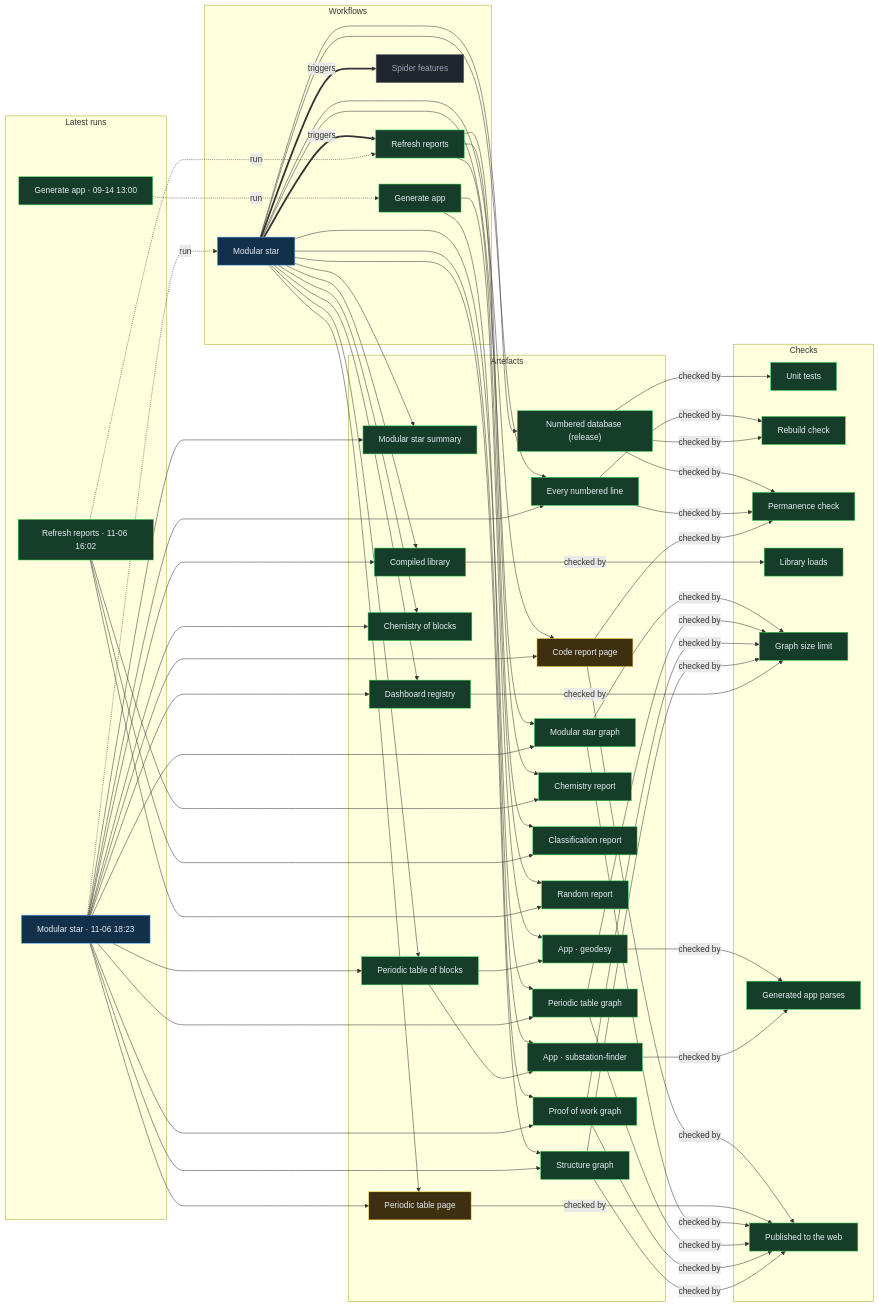
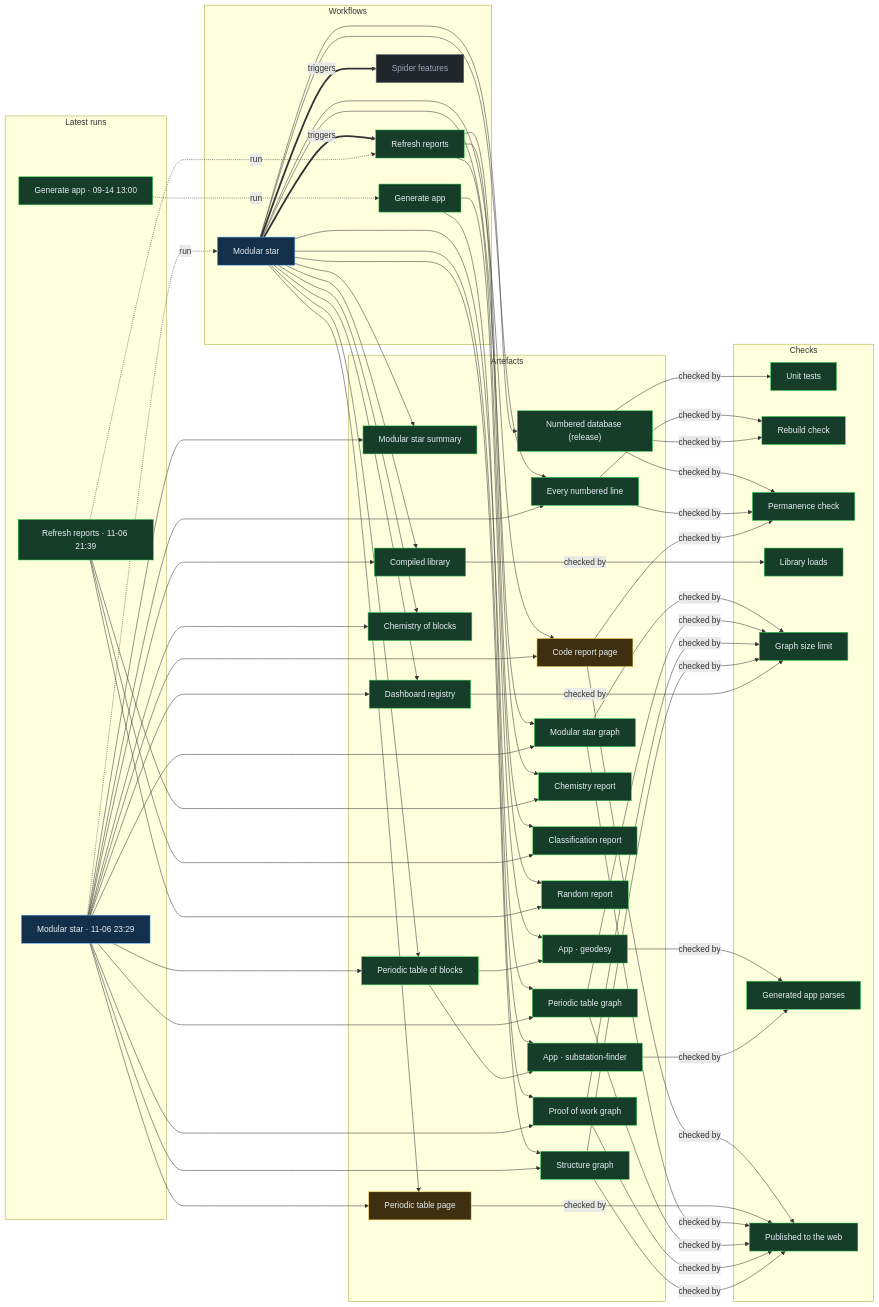
One commit to Ventusltd/stars changed the diagram in proof/PROOF.md. Above: the diagram before and after it, drawn with Mermaid. The commit also changed other lines of this file and 49 other files, not shown here.

Commit message:
Modular star 2026-11-06T23:31Z

```diff
--- a/proof/PROOF.md
+++ b/proof/PROOF.md
@@ -24,8 +24,8 @@
   n_wf_spider_features["Spider features"]:::off
   end
   subgraph g_runs["Latest runs"]
-  n_run_42270207596["Modular star · 11-06 18:23"]:::live
-  n_run_42248562713["Refresh reports · 11-06 16:02"]:::ok
+  n_run_42312199753["Modular star · 11-06 23:29"]:::live
+  n_run_42298492697["Refresh reports · 11-06 21:39"]:::ok
   n_run_34846587798["Generate app · 09-14 13:00"]:::ok
   end
   subgraph g_artefacts["Artefacts"]
@@ -59,39 +59,39 @@
   end
   n_wf_modular_star == triggers ==> n_wf_refresh
   n_wf_modular_star == triggers ==> n_wf_spider_features
-  n_run_42270207596 -. run .-> n_wf_modular_star
-  n_run_42248562713 -. run .-> n_wf_refresh
+  n_run_42312199753 -. run .-> n_wf_modular_star
+  n_run_42298492697 -. run .-> n_wf_refresh
   n_run_34846587798 -. run .-> n_wf_generate
   n_wf_modular_star --> n_art_summary
-  n_run_42270207596 --> n_art_summary
+  n_run_42312199753 --> n_art_summary
   n_wf_modular_star --> n_art_lines
-  n_run_42270207596 --> n_art_lines
+  n_run_42312199753 --> n_art_lines
   n_wf_modular_star --> n_art_code
-  n_run_42270207596 --> n_art_code
+  n_run_42312199753 --> n_art_code
   n_wf_modular_star --> n_art_modular_graph
-  n_run_42270207596 --> n_art_modular_graph
+  n_run_42312199753 --> n_art_modular_graph
   n_wf_modular_star --> n_art_blocks
-  n_run_42270207596 --> n_art_blocks
+  n_run_42312199753 --> n_art_blocks
   n_wf_modular_star --> n_art_table
-  n_run_42270207596 --> n_art_table
+  n_run_42312199753 --> n_art_table
   n_wf_modular_star --> n_art_blocks_graph
-  n_run_42270207596 --> n_art_blocks_graph
+  n_run_42312199753 --> n_art_blocks_graph
   n_wf_modular_star --> n_art_reactions
-  n_run_42270207596 --> n_art_reactions
+  n_run_42312199753 --> n_art_reactions
   n_wf_modular_star --> n_art_library
-  n_run_42270207596 --> n_art_library
+  n_run_42312199753 --> n_art_library
   n_wf_modular_star --> n_art_features
-  n_run_42270207596 --> n_art_features
+  n_run_42312199753 --> n_art_features
   n_wf_modular_star --> n_art_proof
-  n_run_42270207596 --> n_art_proof
+  n_run_42312199753 --> n_art_proof
   n_wf_modular_star --> n_art_structure
-  n_run_42270207596 --> n_art_structure
+  n_run_42312199753 --> n_art_structure
   n_wf_refresh --> n_art_chemistry
-  n_run_42248562713 --> n_art_chemistry
+  n_run_42298492697 --> n_art_chemistry
   n_wf_refresh --> n_art_vedic
-  n_run_42248562713 --> n_art_vedic
+  n_run_42298492697 --> n_art_vedic
   n_wf_refresh --> n_art_random
-  n_run_42248562713 --> n_art_random
+  n_run_42298492697 --> n_art_random
   n_wf_modular_star --> n_art_release
   n_wf_generate --> n_app_geodesy
   n_art_blocks --> n_app_geodesy
```
